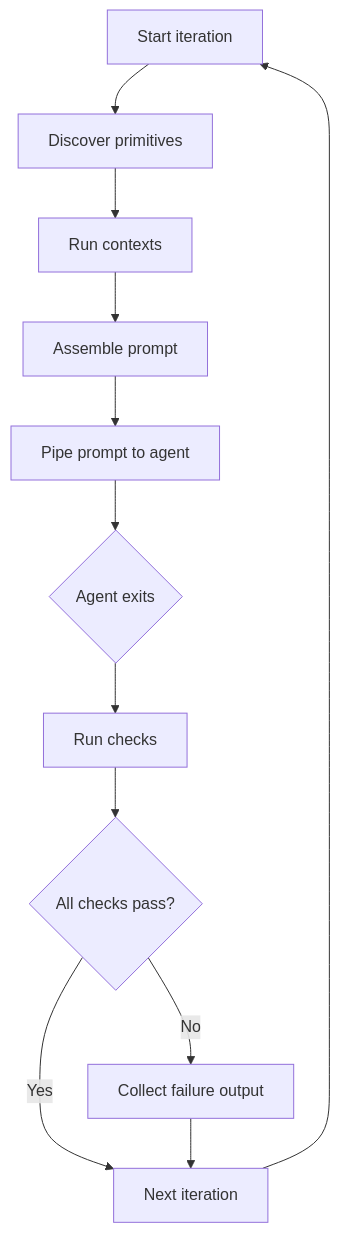
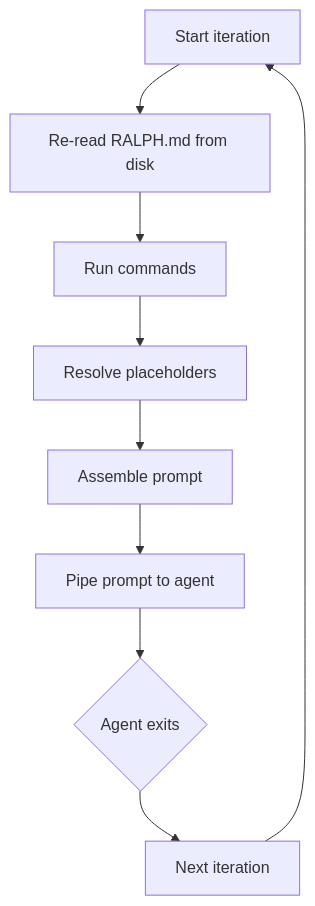
One commit to malpou/ralphify changed the diagram in docs/how-it-works.md. Above: the diagram before and after it, drawn with Mermaid. The commit also changed other lines of this file and 49 other files, not shown here.

````diff
--- a/docs/how-it-works.md
+++ b/docs/how-it-works.md
@@ -13,14 +13,11 @@
 ```mermaid
 flowchart TD
-    A[Start iteration] --> B[Discover primitives]
-    B --> C[Run contexts]
-    C --> D[Assemble prompt]
-    D --> E[Pipe prompt to agent]
-    E --> F{Agent exits}
-    F --> G[Run checks]
-    G --> H{All checks pass?}
-    H -- Yes --> I[Next iteration]
-    H -- No --> J[Collect failure output]
-    J --> I
-    I --> A
+    A[Start iteration] --> B[Re-read RALPH.md from disk]
+    B --> C[Run commands]
+    C --> D[Resolve placeholders]
+    D --> E[Assemble prompt]
+    E --> F[Pipe prompt to agent]
+    F --> G{Agent exits}
+    G --> H[Next iteration]
+    H --> A
 ```
````
